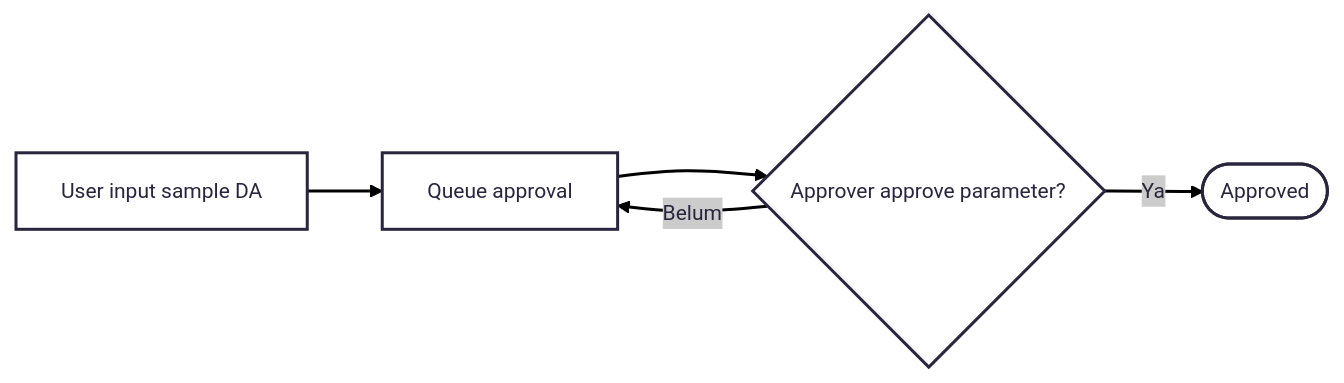
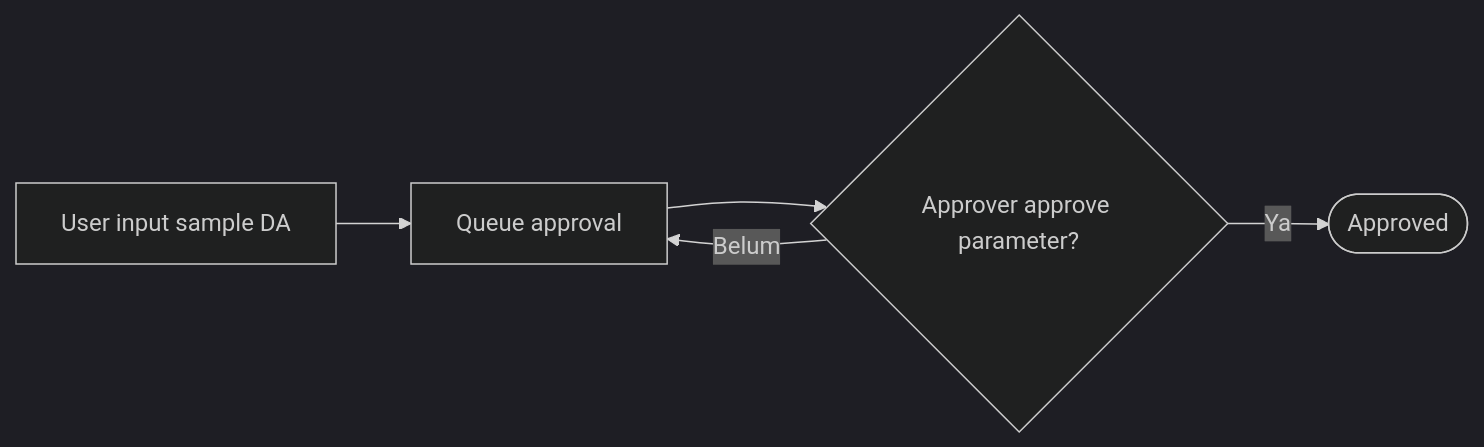
One commit to asrofilnadib/asrofilnadib.github.io changed the third of 3 diagrams in projects/briefs/smart-lab/diagram/flowchart.md. Above: the diagram before and after it, drawn with Mermaid. The commit also changed other lines of this file and 4 other files, not shown here.

First line of the commit message:
feat(portfolio): update flowchart content and improve SVG handling

````diff
--- a/projects/briefs/smart-lab/diagram/flowchart.md
+++ b/projects/briefs/smart-lab/diagram/flowchart.md
@@ -76,11 +110,11 @@
 ```mermaid
 ---
 config:
-  theme: redux
+  theme: dark
 ---
 flowchart LR
   U[User input sample DA] --> Q[Queue approval]
   Q --> AP{Approver approve parameter?}
   AP -->|Ya| OK([Approved])
   AP -->|Belum| Q
 ```
````
